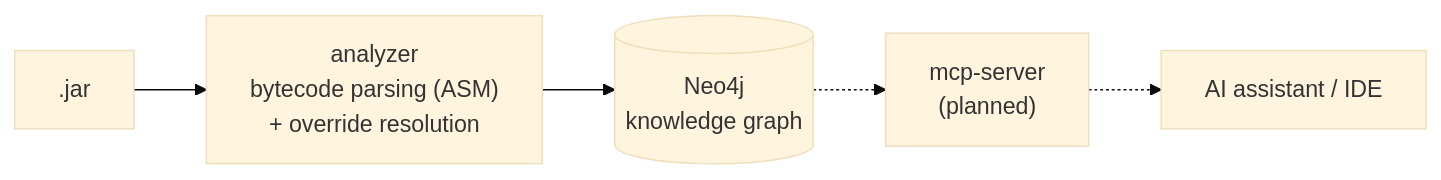
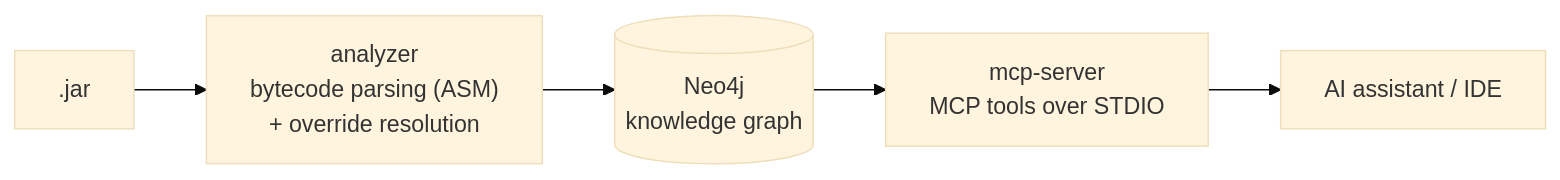
One commit to andcelentan/jar-graph-mcp changed the diagram in README.md. Above: the diagram before and after it, drawn with Mermaid (base theme). The commit also changed other lines of this file and 1 other file, not shown here.

First line of the commit message:
docs: document the MCP server in README and Claude instructions

````diff
--- a/README.md
+++ b/README.md
@@ -25,7 +25,7 @@
 ```mermaid
 flowchart LR
     JAR[".jar"] --> A["analyzer<br/>bytecode parsing (ASM)<br/>+ override resolution"]
     A --> N[("Neo4j<br/>knowledge graph")]
-    N -.-> M["mcp-server<br/>(planned)"]
-    M -.-> AI["AI assistant / IDE"]
+    N --> M["mcp-server<br/>MCP tools over STDIO"]
+    M --> AI["AI assistant / IDE"]
 ```
````
